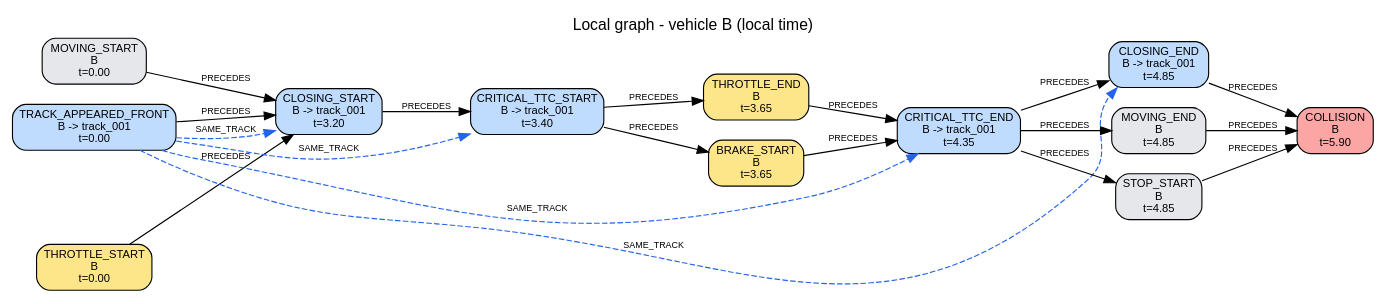
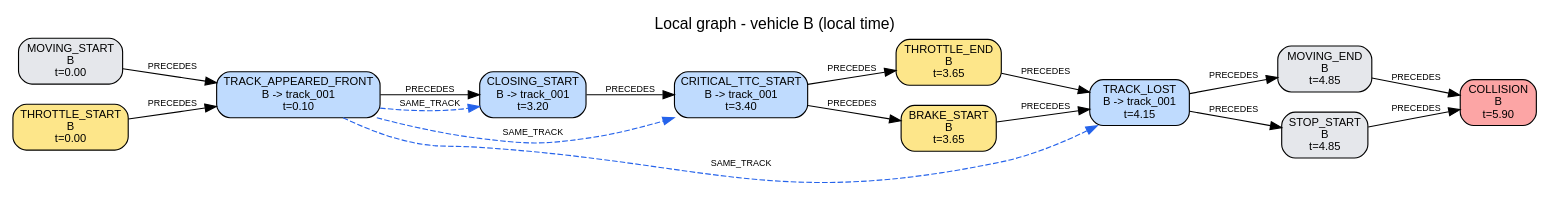
The diagram in traces/S05/run_0_crash/reconstruction/B/local_graph.dot (AndreaBedei1/causaldrive-forensics), drawn with Graphviz before and after one commit. The commit also changed 521 other files, not shown here.

```diff
--- a/traces/S05/run_0_crash/reconstruction/B/local_graph.dot
+++ b/traces/S05/run_0_crash/reconstruction/B/local_graph.dot
@@ -1,38 +1,34 @@
 digraph "local_B" {
   graph [rankdir=LR, labelloc=t, fontname=Helvetica, label="Local graph - vehicle B (local time)"];
   node [shape=box, style="rounded,filled", fontname=Helvetica, fontsize=10];
   edge [fontname=Helvetica, fontsize=8];
   "B:e01" [label="MOVING_START\nB\nt=0.00", fillcolor="#e5e7eb"];
   "B:e02" [label="THROTTLE_START\nB\nt=0.00", fillcolor="#fde68a"];
-  "B:e03" [label="TRACK_APPEARED_FRONT\nB -> track_001\nt=0.00", fillcolor="#bfdbfe"];
+  "B:e03" [label="TRACK_APPEARED_FRONT\nB -> track_001\nt=0.10", fillcolor="#bfdbfe"];
   "B:e04" [label="CLOSING_START\nB -> track_001\nt=3.20", fillcolor="#bfdbfe"];
   "B:e05" [label="CRITICAL_TTC_START\nB -> track_001\nt=3.40", fillcolor="#bfdbfe"];
   "B:e06" [label="THROTTLE_END\nB\nt=3.65", fillcolor="#fde68a"];
   "B:e07" [label="BRAKE_START\nB\nt=3.65", fillcolor="#fde68a"];
-  "B:e08" [label="CRITICAL_TTC_END\nB -> track_001\nt=4.35", fillcolor="#bfdbfe"];
-  "B:e09" [label="CLOSING_END\nB -> track_001\nt=4.85", fillcolor="#bfdbfe"];
-  "B:e10" [label="MOVING_END\nB\nt=4.85", fillcolor="#e5e7eb"];
-  "B:e11" [label="STOP_START\nB\nt=4.85", fillcolor="#e5e7eb"];
-  "B:e12" [label="COLLISION\nB\nt=5.90", fillcolor="#fca5a5"];
-  {rank=same; "B:e01"; "B:e02"; "B:e03";}
+  "B:e08" [label="TRACK_LOST\nB -> track_001\nt=4.15", fillcolor="#bfdbfe"];
+  "B:e09" [label="MOVING_END\nB\nt=4.85", fillcolor="#e5e7eb"];
+  "B:e10" [label="STOP_START\nB\nt=4.85", fillcolor="#e5e7eb"];
+  "B:e11" [label="COLLISION\nB\nt=5.90", fillcolor="#fca5a5"];
+  {rank=same; "B:e01"; "B:e02";}
   {rank=same; "B:e06"; "B:e07";}
-  {rank=same; "B:e09"; "B:e10"; "B:e11";}
-  "B:e01" -> "B:e04" [label="PRECEDES"];
-  "B:e02" -> "B:e04" [label="PRECEDES"];
+  {rank=same; "B:e09"; "B:e10";}
+  "B:e01" -> "B:e03" [label="PRECEDES"];
+  "B:e02" -> "B:e03" [label="PRECEDES"];
   "B:e03" -> "B:e04" [label="PRECEDES"];
   "B:e04" -> "B:e05" [label="PRECEDES"];
   "B:e05" -> "B:e06" [label="PRECEDES"];
   "B:e05" -> "B:e07" [label="PRECEDES"];
   "B:e06" -> "B:e08" [label="PRECEDES"];
   "B:e07" -> "B:e08" [label="PRECEDES"];
   "B:e08" -> "B:e09" [label="PRECEDES"];
   "B:e08" -> "B:e10" [label="PRECEDES"];
-  "B:e08" -> "B:e11" [label="PRECEDES"];
-  "B:e09" -> "B:e12" [label="PRECEDES"];
-  "B:e10" -> "B:e12" [label="PRECEDES"];
-  "B:e11" -> "B:e12" [label="PRECEDES"];
+  "B:e09" -> "B:e11" [label="PRECEDES"];
+  "B:e10" -> "B:e11" [label="PRECEDES"];
   "B:e03" -> "B:e04" [label="SAME_TRACK", style=dashed, color="#2563eb", constraint=false];
   "B:e03" -> "B:e05" [label="SAME_TRACK", style=dashed, color="#2563eb", constraint=false];
   "B:e03" -> "B:e08" [label="SAME_TRACK", style=dashed, color="#2563eb", constraint=false];
-  "B:e03" -> "B:e09" [label="SAME_TRACK", style=dashed, color="#2563eb", constraint=false];
 }
```
